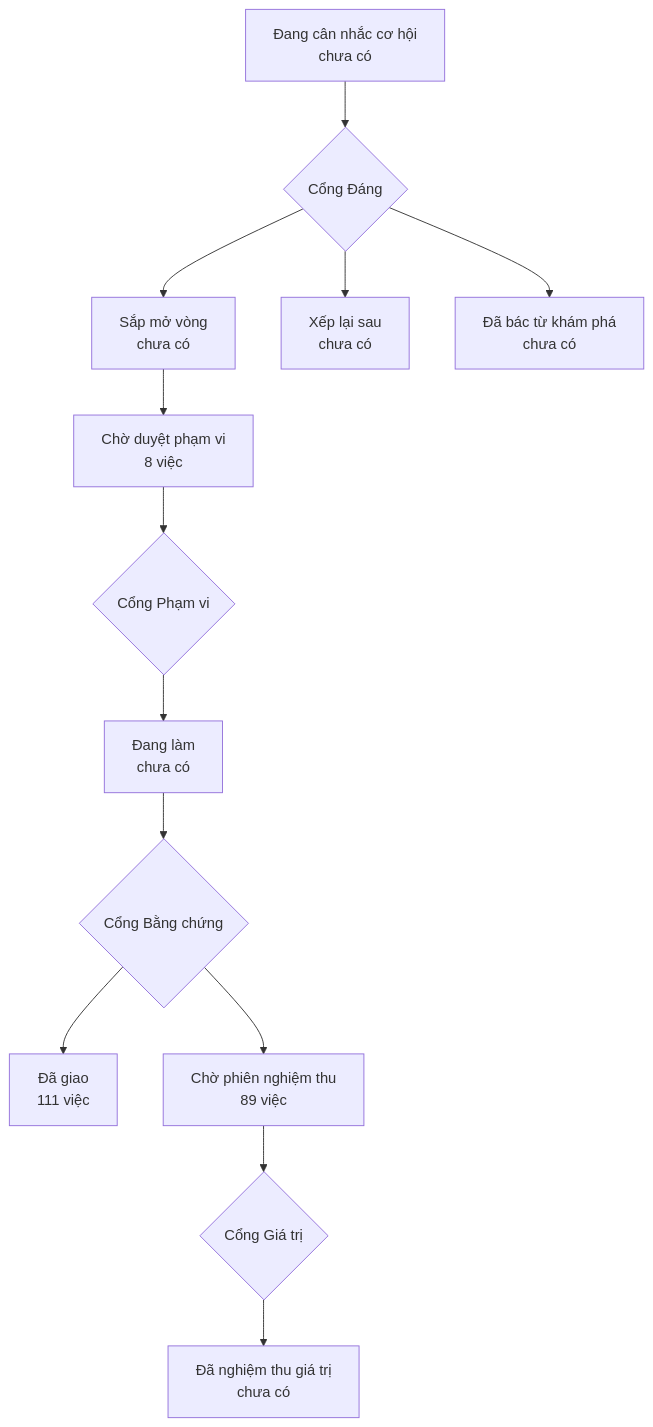
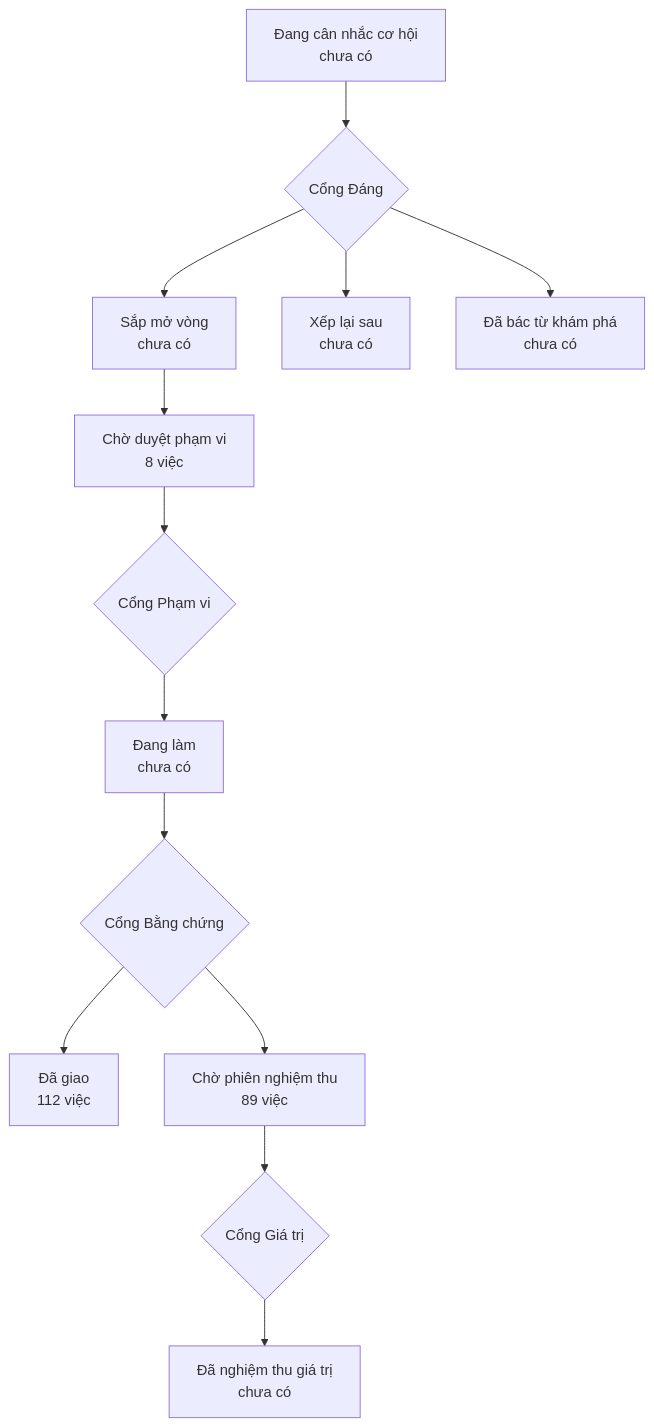
One commit to phanlemanh/onehub-invest changed the diagram in PRODUCT-MAP.md. Above: the diagram before and after it, drawn with Mermaid. The commit also changed other lines of this file and 1 other file, not shown here.

Commit message:
chore(nhan-bac-model-lon-s03): vẽ lại bản đồ sau gộp main f7810d81

````diff
--- a/PRODUCT-MAP.md
+++ b/PRODUCT-MAP.md
@@ -7,12 +7,12 @@
 ```mermaid
 flowchart TD
   A["Đang cân nhắc cơ hội<br/>chưa có"] --> GD{"Cổng Đáng"}
   GD --> B["Sắp mở vòng<br/>chưa có"]
   GD --> XL["Xếp lại sau<br/>chưa có"]
   GD --> DB["Đã bác từ khám phá<br/>chưa có"]
   B --> CD["Chờ duyệt phạm vi<br/>8 việc"] --> GP{"Cổng Phạm vi"}
   GP --> DL["Đang làm<br/>chưa có"] --> GB{"Cổng Bằng chứng"}
-  GB --> DG["Đã giao<br/>111 việc"]
+  GB --> DG["Đã giao<br/>112 việc"]
   GB --> CN["Chờ phiên nghiệm thu<br/>89 việc"] --> GG{"Cổng Giá trị"}
   GG --> NT["Đã nghiệm thu giá trị<br/>chưa có"]
 ```
````
